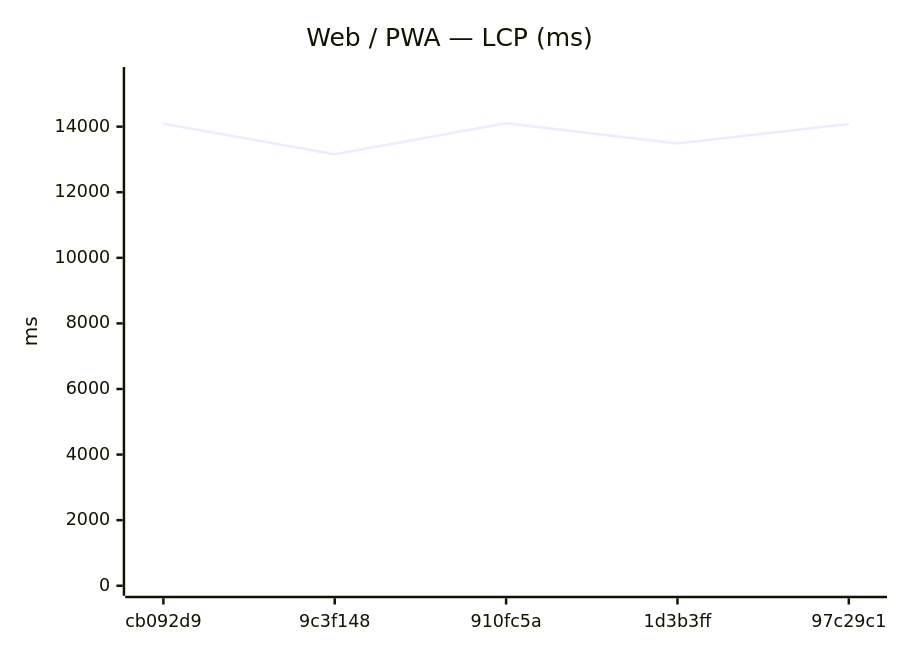
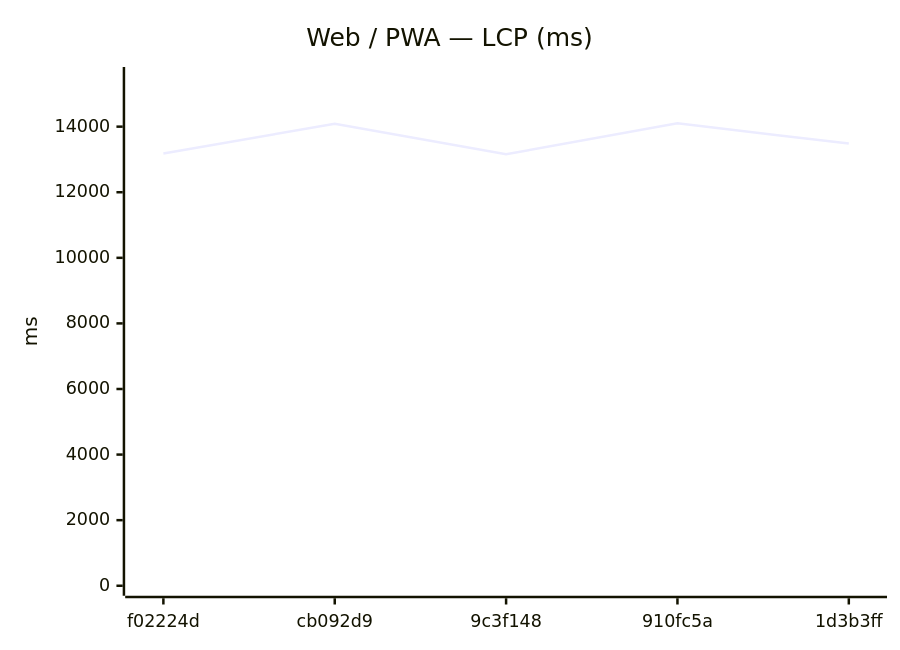
The seventh of 18 diagrams in benchmarks/compare.md (Metaheurist/Rianell), drawn with Mermaid before and after one commit. The commit also changed other lines of this file and 11 other files, not shown here.

````diff
--- a/benchmarks/compare.md
+++ b/benchmarks/compare.md
@@ -117,7 +117,7 @@
 ```mermaid
 xychart-beta
     title "Web / PWA — LCP (ms)"
-    x-axis ["cb092d9", "9c3f148", "910fc5a", "1d3b3ff", "97c29c1"]
+    x-axis ["f02224d", "cb092d9", "9c3f148", "910fc5a", "1d3b3ff"]
     y-axis "ms" 0 --> 15514
-    line [14089, 13157, 14103, 13484, 14084]
+    line [13178, 14089, 13157, 14103, 13484]
 ```
````
